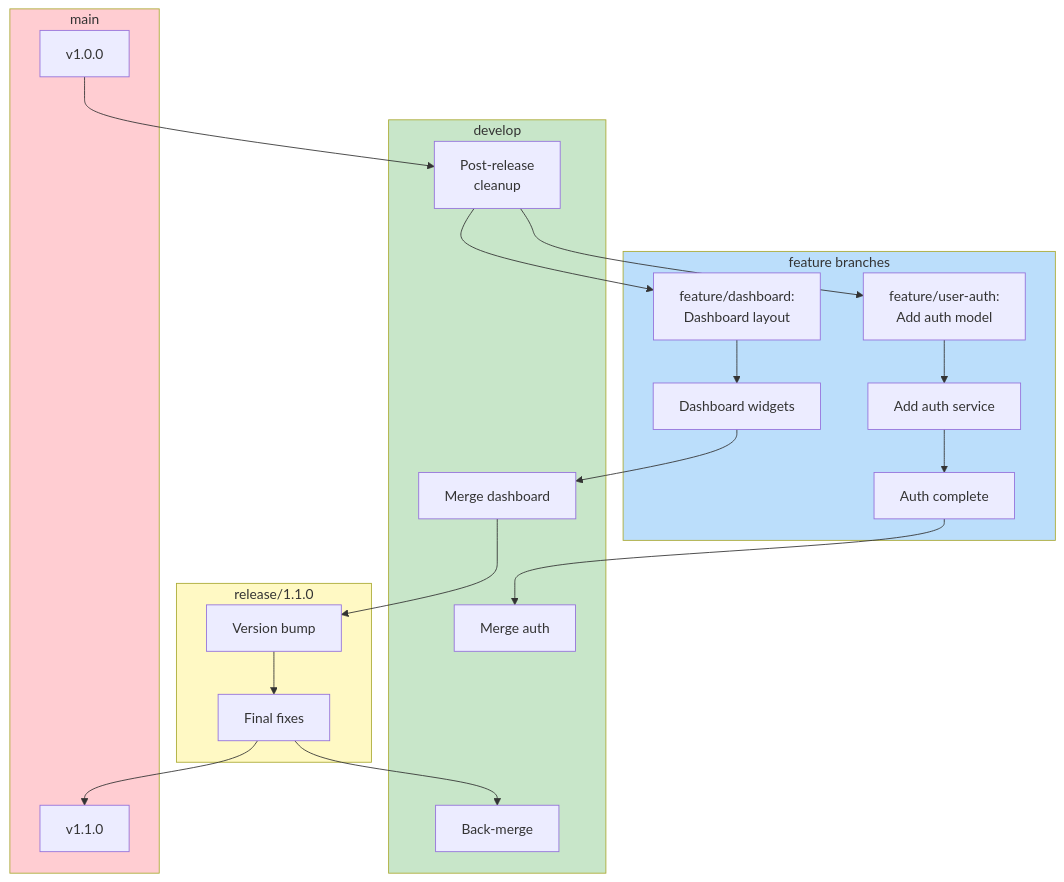
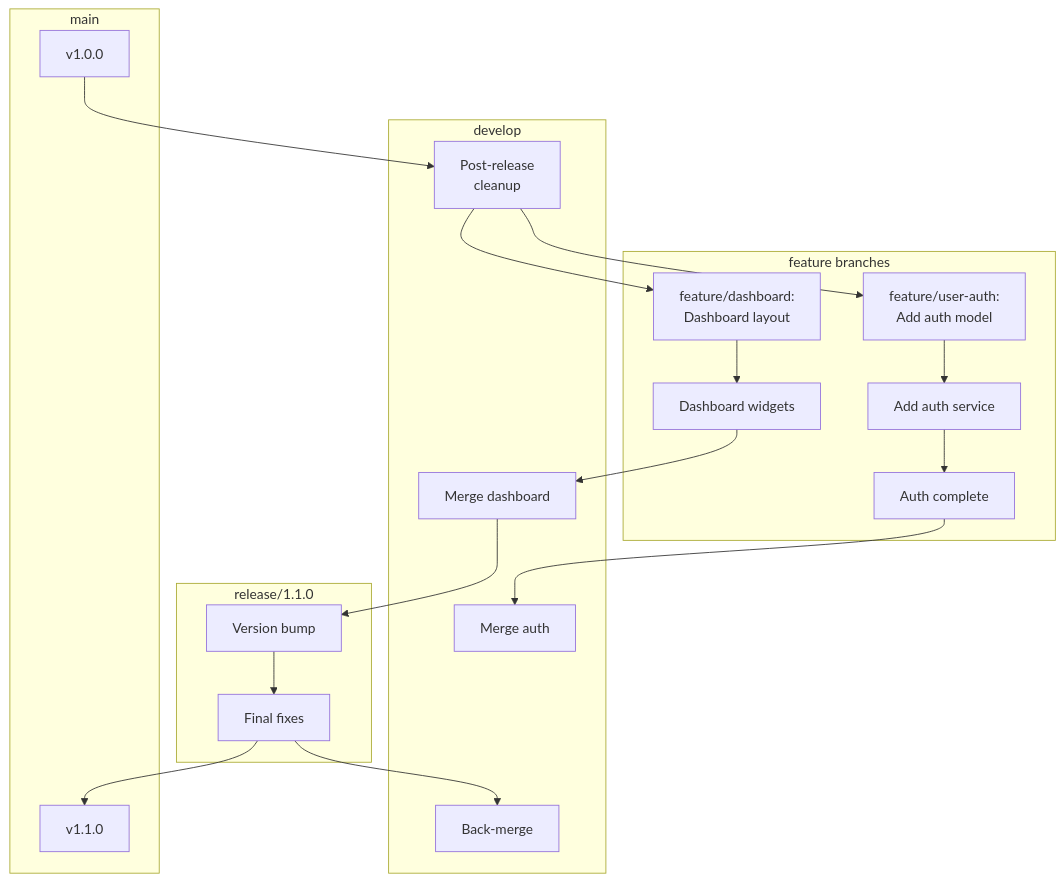
The third of 8 diagrams in docs/cicd/branching-strategies.md (shivam-g-mishra/blog), drawn with Mermaid before and after one commit. The commit also changed other lines of this file and 23 other files, not shown here.

First line of the commit message:
fix: improve Mermaid diagram visibility in dark mode

````diff
--- a/docs/cicd/branching-strategies.md
+++ b/docs/cicd/branching-strategies.md
@@ -201,44 +189,39 @@
 ```mermaid
 flowchart TB
     subgraph main_branch["main"]
         M1["v1.0.0"]
         M2["v1.1.0"]
     end
     
     subgraph develop_branch["develop"]
         D1[Post-release<br/>cleanup]
         D2[Merge auth]
         D3[Merge dashboard]
         D4[Back-merge]
     end
     
     subgraph features["feature branches"]
         FA1[feature/user-auth:<br/>Add auth model]
         FA2[Add auth service]
         FA3[Auth complete]
         FD1[feature/dashboard:<br/>Dashboard layout]
         FD2[Dashboard widgets]
     end
     
     subgraph release_branch["release/1.1.0"]
         R1[Version bump]
         R2[Final fixes]
     end
     
     M1 --> D1
     D1 --> FA1
     FA1 --> FA2 --> FA3
     D1 --> FD1
     FD1 --> FD2
     FA3 --> D2
     FD2 --> D3
     D3 --> R1
     R1 --> R2
     R2 --> M2
     R2 --> D4
-    
-    style main_branch fill:#ffcdd2
-    style develop_branch fill:#c8e6c9
-    style features fill:#bbdefb
-    style release_branch fill:#fff9c4
 ```
````
